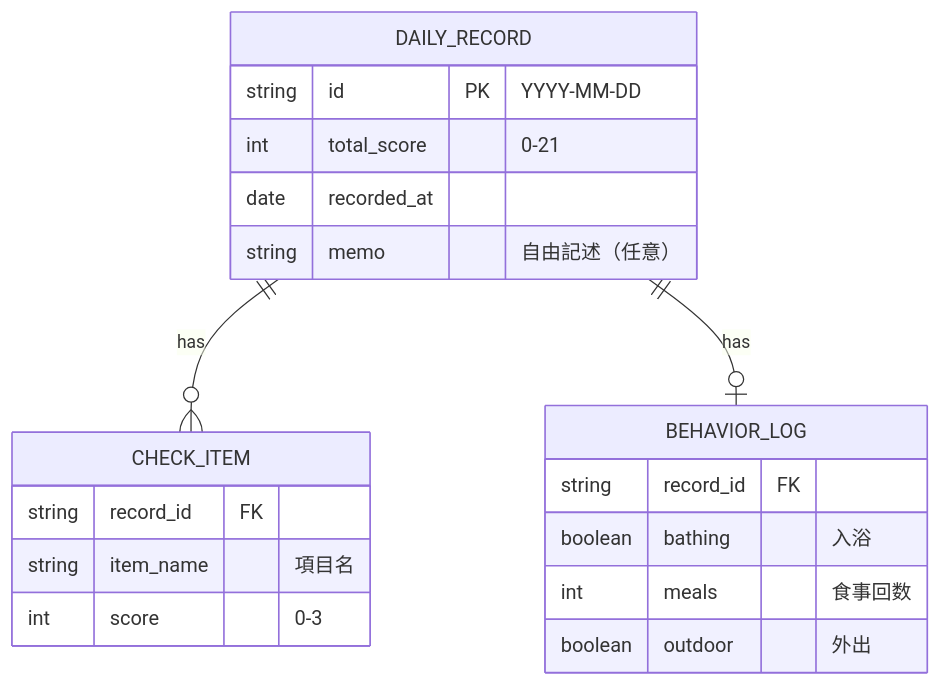
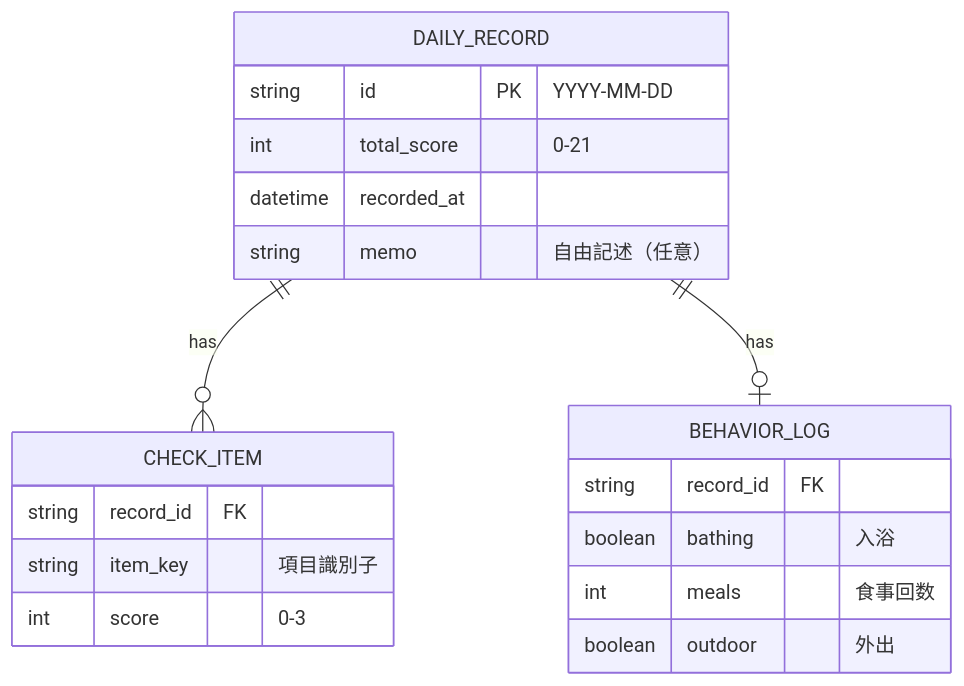
The second of 4 diagrams in docs/design.md (HaraRyonosuke/condition-tracker), drawn with Mermaid before and after one commit. The commit also changed other lines of this file and 7 other files, not shown here.

````diff
--- a/docs/design.md
+++ b/docs/design.md
@@ -33,25 +27,25 @@
 ```mermaid
 erDiagram
     DAILY_RECORD {
         string id PK "YYYY-MM-DD"
         int total_score "0-21"
-        date recorded_at
+        datetime recorded_at
         string memo "自由記述（任意）"
     }
- 
+
     CHECK_ITEM {
         string record_id FK
-        string item_name "項目名"
+        string item_key "項目識別子"
         int score "0-3"
     }
- 
+
     BEHAVIOR_LOG {
         string record_id FK
         boolean bathing "入浴"
         int meals "食事回数"
         boolean outdoor "外出"
     }
- 
+
     DAILY_RECORD ||--o{ CHECK_ITEM : "has"
     DAILY_RECORD ||--o| BEHAVIOR_LOG : "has"
 ```
````
